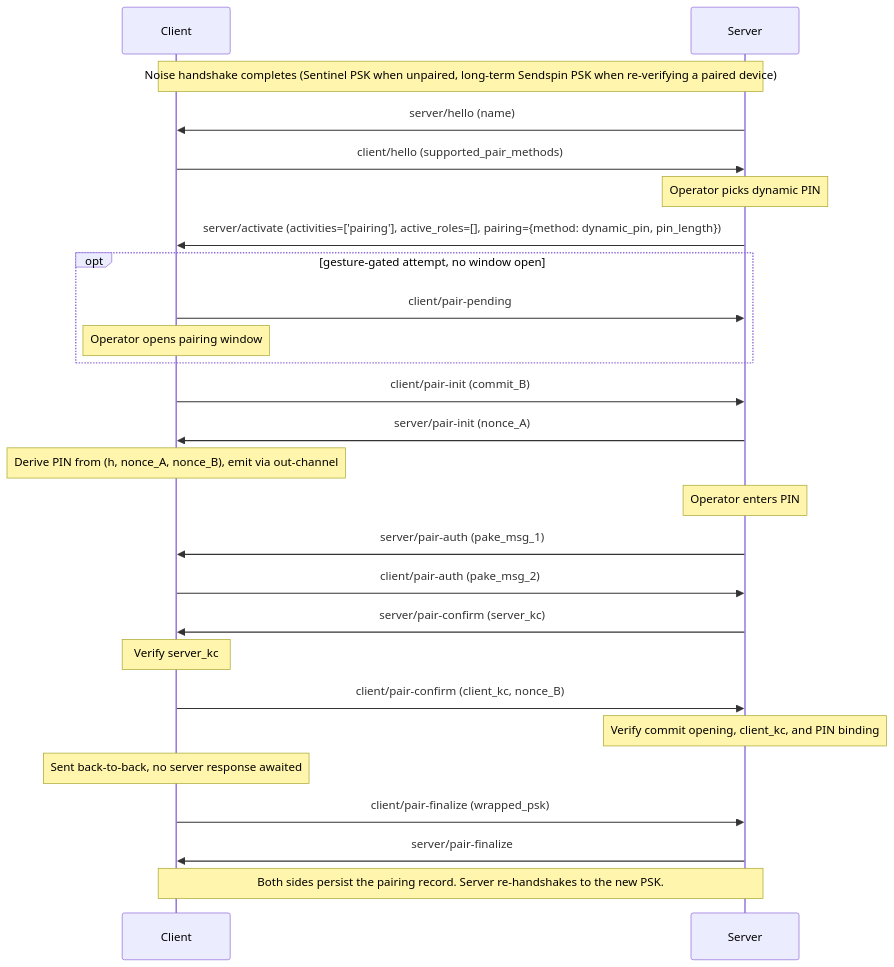
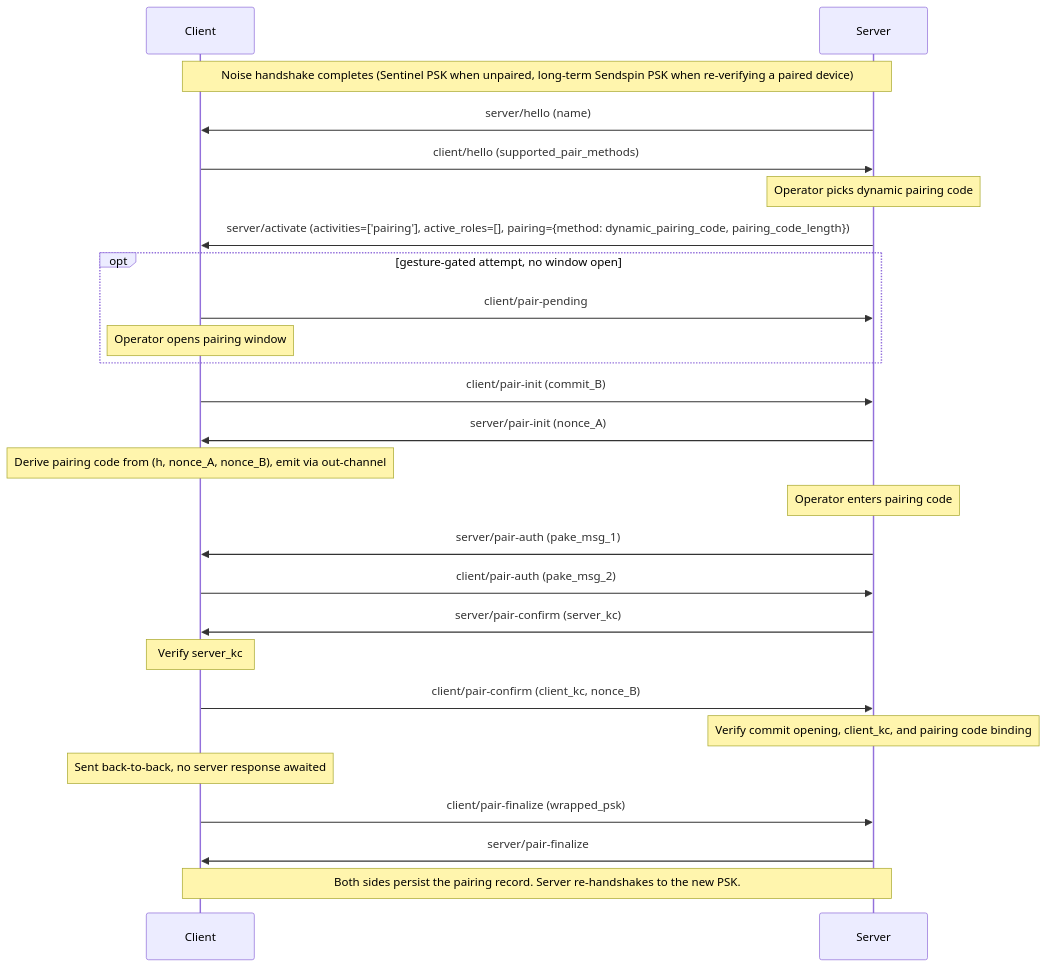
The third of 4 diagrams in README.md (Resonate-Protocol/spec), drawn with Mermaid before and after one commit. The commit also changed other lines of this file and 4 other files, not shown here.

First line of the commit message:
refactor: rename pairing PIN terminology to Pairing Code

````diff
--- a/README.md
+++ b/README.md
@@ -838,30 +838,30 @@
 ```mermaid
 sequenceDiagram
     participant Client
     participant Server
 
     Note over Client,Server: Noise handshake completes (Sentinel PSK when unpaired, long-term Sendspin PSK when re-verifying a paired device)
 
     Server->>Client: server/hello (name)
     Client->>Server: client/hello (supported_pair_methods)
-    Note over Server: Operator picks dynamic PIN
-    Server->>Client: server/activate (activities=['pairing'], active_roles=[], pairing={method: dynamic_pin, pin_length})
+    Note over Server: Operator picks dynamic pairing code
+    Server->>Client: server/activate (activities=['pairing'], active_roles=[], pairing={method: dynamic_pairing_code, pairing_code_length})
     opt gesture-gated attempt, no window open
         Client->>Server: client/pair-pending
         Note over Client: Operator opens pairing window
     end
     Client->>Server: client/pair-init (commit_B)
     Server->>Client: server/pair-init (nonce_A)
-    Note over Client: Derive PIN from (h, nonce_A, nonce_B), emit via out-channel
-    Note over Server: Operator enters PIN
+    Note over Client: Derive pairing code from (h, nonce_A, nonce_B), emit via out-channel
+    Note over Server: Operator enters pairing code
     Server->>Client: server/pair-auth (pake_msg_1)
     Client->>Server: client/pair-auth (pake_msg_2)
     Server->>Client: server/pair-confirm (server_kc)
     Note over Client: Verify server_kc
     Client->>Server: client/pair-confirm (client_kc, nonce_B)
-    Note over Server: Verify commit opening, client_kc, and PIN binding
+    Note over Server: Verify commit opening, client_kc, and pairing code binding
     Note over Client: Sent back-to-back, no server response awaited
     Client->>Server: client/pair-finalize (wrapped_psk)
     Server->>Client: server/pair-finalize
     Note over Client,Server: Both sides persist the pairing record. Server re-handshakes to the new PSK.
 ```
````
